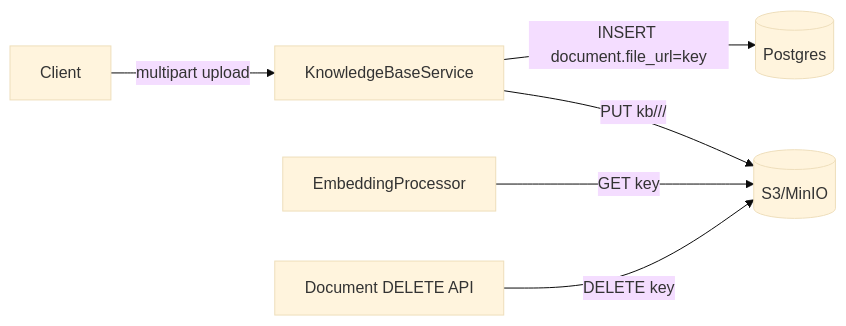
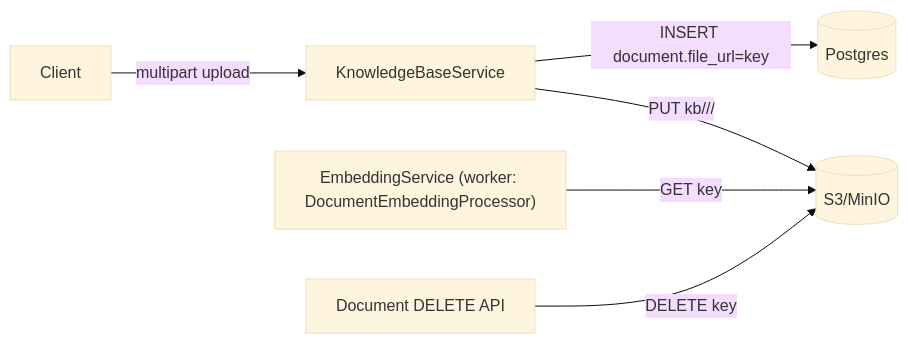
The diagram in spec/data-flow/4-file-storage.md (worker-ants/clemvion), drawn with Mermaid (base theme) before and after one commit. The commit also changed other lines of this file and 89 other files, not shown here.

First line of the commit message:
docs(spec): spec↔code 전수 상호 감사 — 역방향 커버리지 + drift 동기화 + data-flow 재구성 (위반 19건 보고) (#516)

````diff
--- a/spec/data-flow/4-file-storage.md
+++ b/spec/data-flow/4-file-storage.md
@@ -27,8 +29,8 @@
 ```mermaid
 flowchart LR
   C[Client] -->|multipart upload| KB[KnowledgeBaseService]
   KB -->|PUT kb/<kbId>/<docId>/<filename>| S3[(S3/MinIO)]
   KB -->|INSERT document.file_url=key| PG[(Postgres)]
-  EP[EmbeddingProcessor] -->|GET key| S3
+  EP["EmbeddingService (worker: DocumentEmbeddingProcessor)"] -->|GET key| S3
   Del[Document DELETE API] -->|DELETE key| S3
 ```
````
